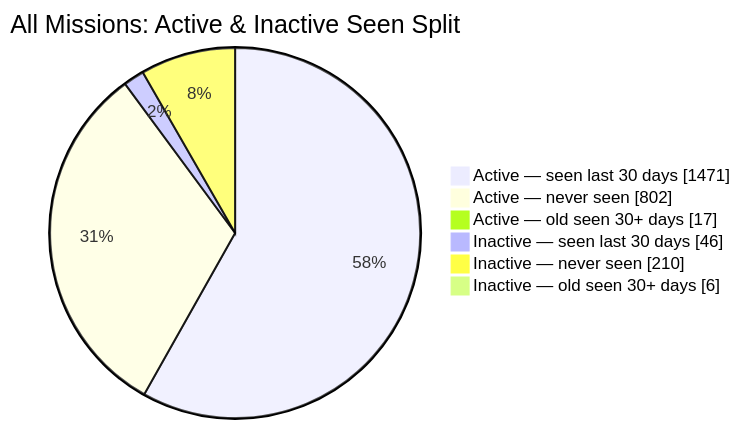
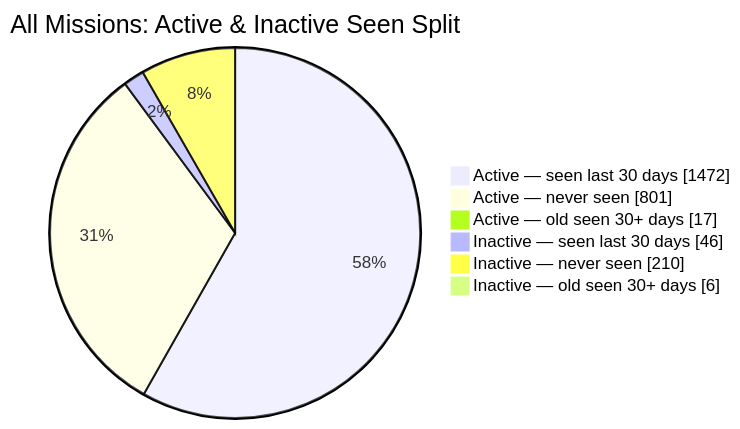
One commit to MeldkamerspelGameTeam/active-missions changed the second of 2 diagrams in README.md. Above: the diagram before and after it, drawn with Mermaid. The commit also changed other lines of this file and 7 other files, not shown here.

````diff
--- a/README.md
+++ b/README.md
@@ -44,10 +44,10 @@
 ```mermaid
 pie showData
     title All Missions: Active & Inactive Seen Split
-    "Active — seen last 30 days" : 1471
-    "Active — never seen" : 802
+    "Active — seen last 30 days" : 1472
+    "Active — never seen" : 801
     "Active — old seen 30+ days" : 17
     "Inactive — seen last 30 days" : 46
     "Inactive — never seen" : 210
     "Inactive — old seen 30+ days" : 6
 ```
````
